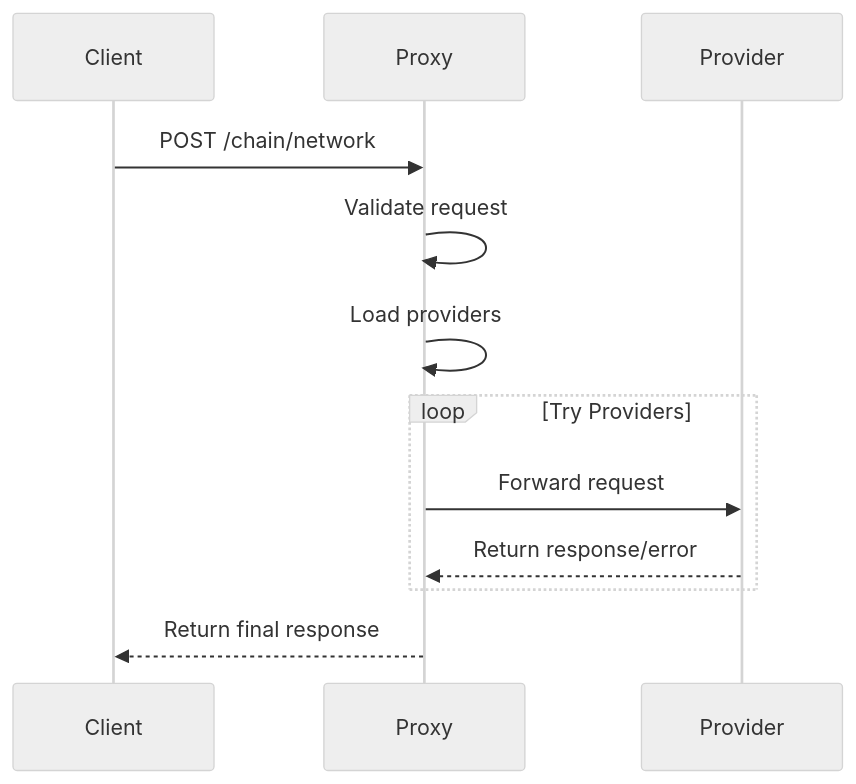
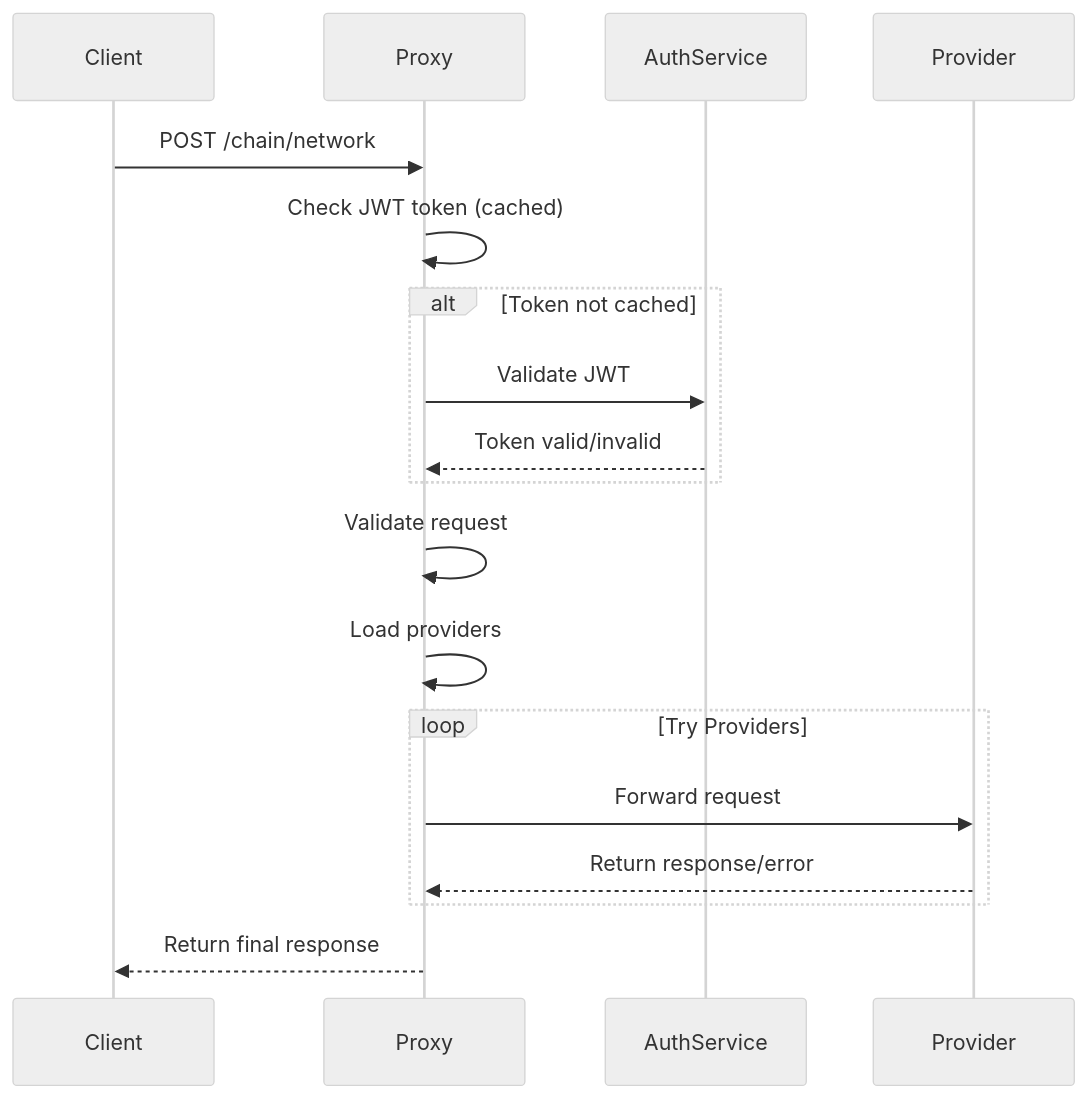
The second of 2 diagrams in nginx-proxy/README.md (status-im/eth-rpc-proxy), drawn with Mermaid (neutral theme) before and after one commit. The commit also changed other lines of this file and 8 other files, not shown here.

````diff
--- a/nginx-proxy/README.md
+++ b/nginx-proxy/README.md
@@ -105,14 +147,20 @@
 ```mermaid
 sequenceDiagram
     participant Client
     participant Proxy
+    participant AuthService
     participant Provider
     Client->>Proxy: POST /chain/network
+    Proxy->>Proxy: Check JWT token (cached)
+    alt Token not cached
+        Proxy->>AuthService: Validate JWT
+        AuthService-->>Proxy: Token valid/invalid
+    end
     Proxy->>Proxy: Validate request
     Proxy->>Proxy: Load providers
     loop Try Providers
         Proxy->>Provider: Forward request
         Provider-->>Proxy: Return response/error
         end
     Proxy-->>Client: Return final response
 ```
````
